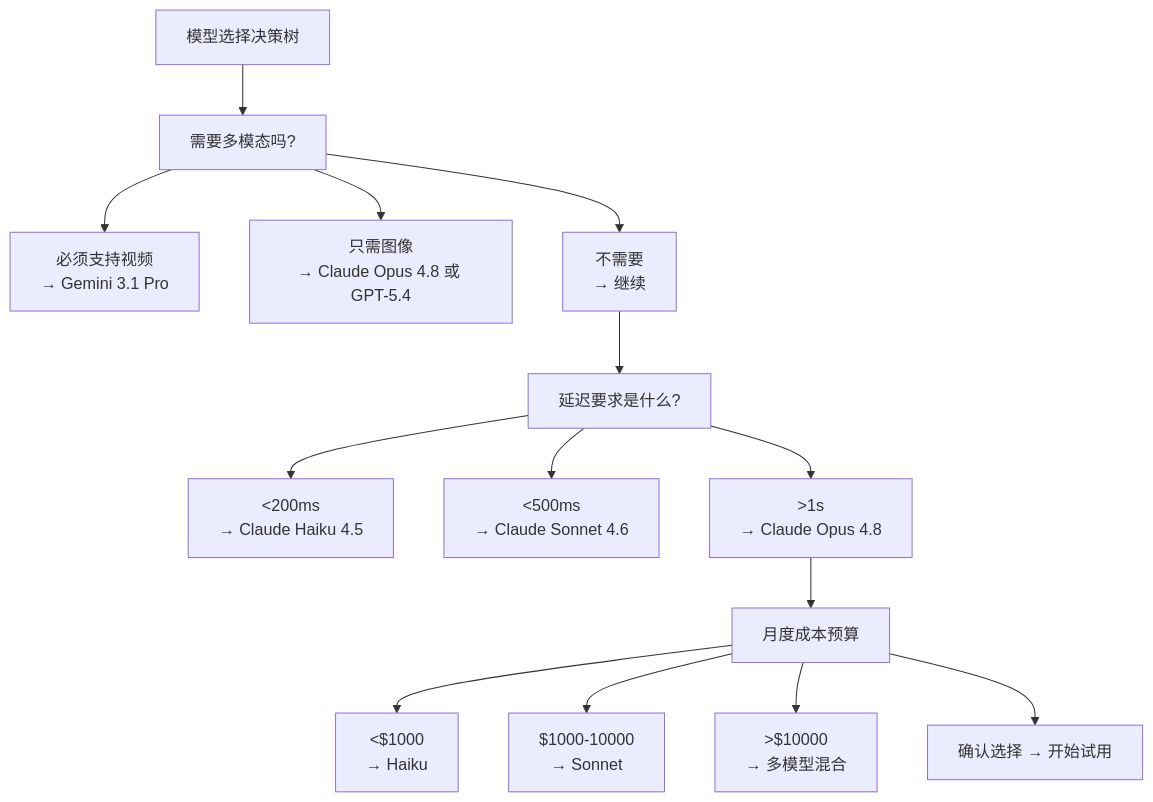
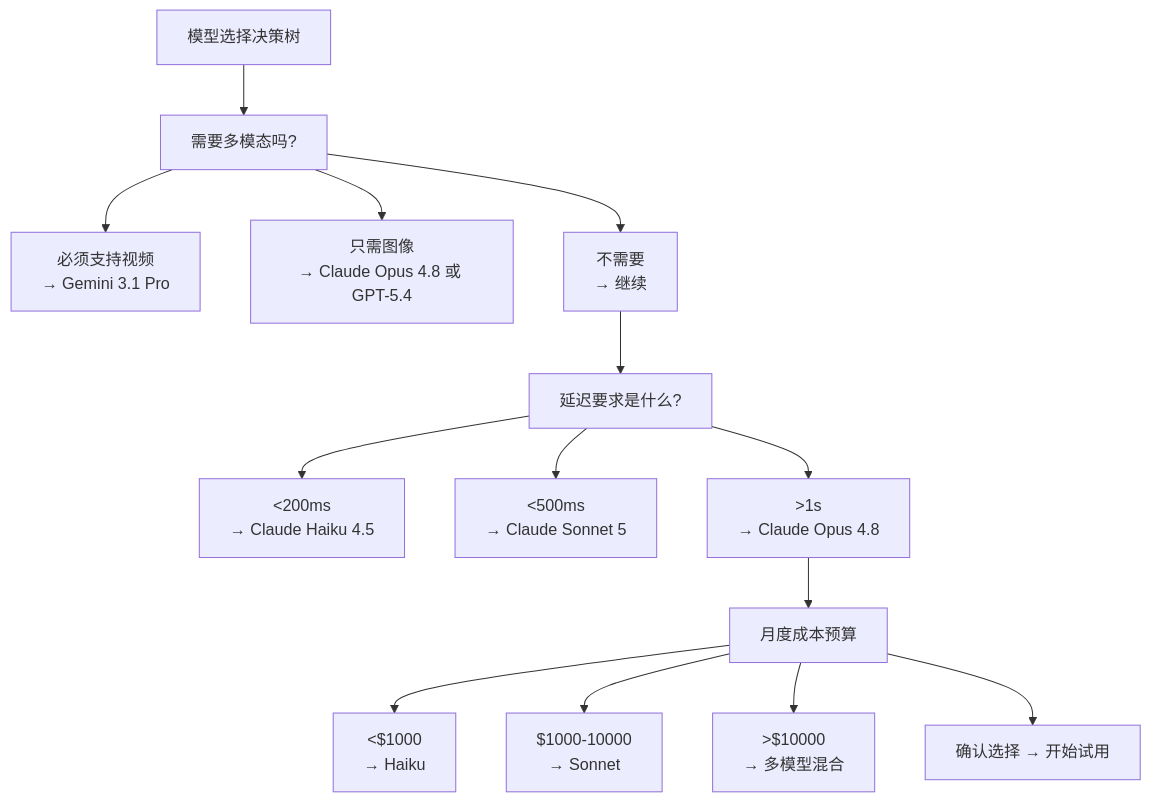
The first of 3 diagrams in 12_appendix/12.6_model_comparison.md (yeasy/claude_guide), drawn with Mermaid before and after one commit. The commit also changed other lines of this file and 9 other files, not shown here.

````diff
--- a/12_appendix/12.6_model_comparison.md
+++ b/12_appendix/12.6_model_comparison.md
@@ -556,34 +559,34 @@
 ```mermaid
 graph TD
     A["模型选择决策树"]
     B["需要多模态吗?"]
     B1["必须支持视频<br/>→ Gemini 3.1 Pro"]
     B2["只需图像<br/>→ Claude Opus 4.8 或 GPT-5.4"]
     B3["不需要<br/>→ 继续"]
 
     C["延迟要求是什么?"]
     C1["<200ms<br/>→ Claude Haiku 4.5"]
-    C2["<500ms<br/>→ Claude Sonnet 4.6"]
+    C2["<500ms<br/>→ Claude Sonnet 5"]
     C3[">1s<br/>→ Claude Opus 4.8"]
 
     D["月度成本预算"]
     D1["<$1000<br/>→ Haiku"]
     D2["$1000-10000<br/>→ Sonnet"]
     D3[">$10000<br/>→ 多模型混合"]
 
     E["确认选择 → 开始试用"]
 
     A --> B
     B --> B1
     B --> B2
     B --> B3
     B3 --> C
     C --> C1
     C --> C2
     C --> C3
     C3 --> D
     D --> D1
     D --> D2
     D --> D3
     D --> E
 ```
````
